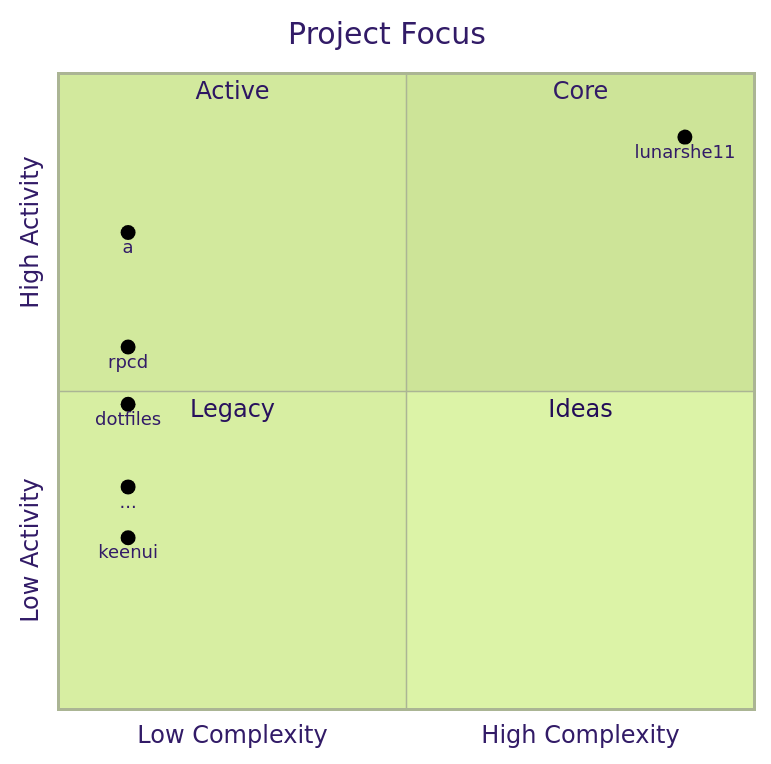
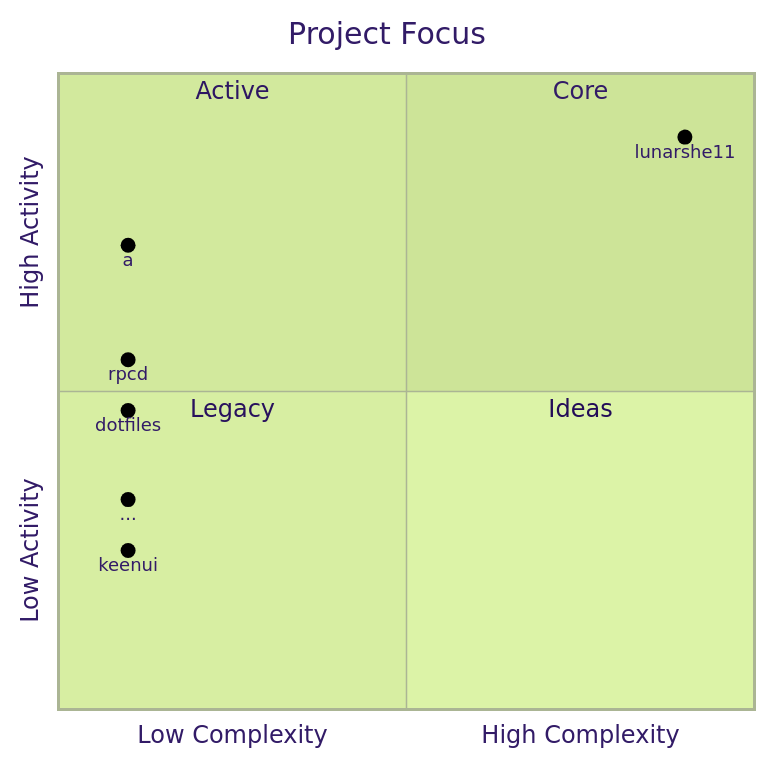
One commit to lunarshe11/lunarshe11 changed the first of 3 diagrams in README.md. Above: the diagram before and after it, drawn with Mermaid (forest theme).

Commit message:
auto: update log activity 2026-11-05 10:05:08

````diff
--- a/README.md
+++ b/README.md
@@ -13,16 +13,16 @@
 ```mermaid
 quadrantChart
     title Project Focus
     x-axis Low Complexity --> High Complexity
     y-axis Low Activity --> High Activity
     quadrant-1 Core
     quadrant-2 Active
     quadrant-3 Legacy
     quadrant-4 Ideas
     lunarshe11: [0.9, 0.9]
-    a: [0.1, 0.75]
-    rpcd: [0.1, 0.57]
-    dotfiles: [0.1, 0.48]
-    ...: [0.1, 0.35]
-    keenui: [0.1, 0.27]
+    a: [0.1, 0.73]
+    rpcd: [0.1, 0.55]
+    dotfiles: [0.1, 0.47]
+    ...: [0.1, 0.33]
+    keenui: [0.1, 0.25]
 ```
````
